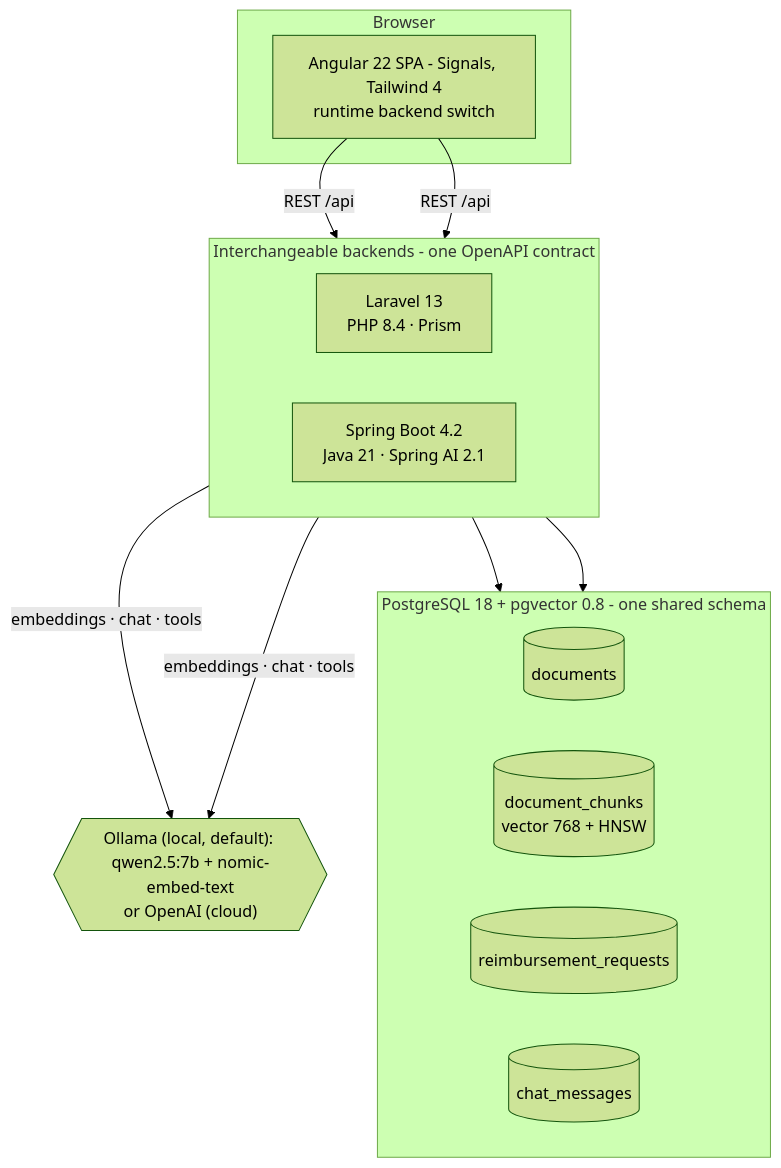
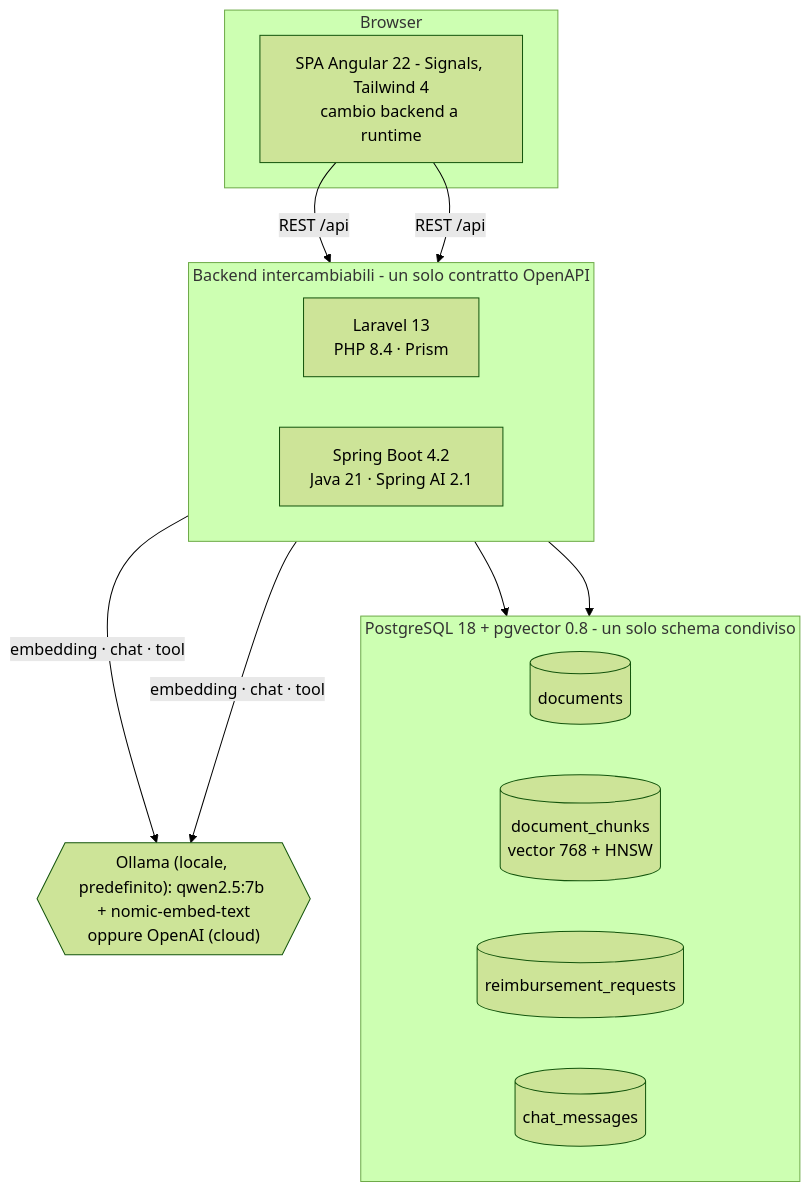
The first of 2 diagrams in README.md (alessandromari81-creator/enterprise-ai-assistant), drawn with Mermaid (forest theme) before and after one commit. The commit also changed other lines of this file and 4 other files, not shown here.

````diff
--- a/README.md
+++ b/README.md
@@ -42,29 +42,29 @@
 ```mermaid
 flowchart TB
     subgraph Browser
-        UI["Angular 22 SPA - Signals, Tailwind 4<br/>runtime backend switch"]
+        UI["SPA Angular 22 - Signals, Tailwind 4<br/>cambio backend a runtime"]
     end
 
-    subgraph Backends["Interchangeable backends - one OpenAPI contract"]
+    subgraph Backends["Backend intercambiabili - un solo contratto OpenAPI"]
         direction LR
         LAR["Laravel 13<br/>PHP 8.4 · Prism"]
         SPR["Spring Boot 4.2<br/>Java 21 · Spring AI 2.1"]
     end
 
-    subgraph DB["PostgreSQL 18 + pgvector 0.8 - one shared schema"]
+    subgraph DB["PostgreSQL 18 + pgvector 0.8 - un solo schema condiviso"]
         direction LR
         DOCS[("documents")]
         CHUNKS[("document_chunks<br/>vector 768 + HNSW")]
         REIMB[("reimbursement_requests")]
         CHAT[("chat_messages")]
     end
 
-    LLM{{"Ollama (local, default): qwen2.5:7b + nomic-embed-text<br/>or OpenAI (cloud)"}}
+    LLM{{"Ollama (locale, predefinito): qwen2.5:7b + nomic-embed-text<br/>oppure OpenAI (cloud)"}}
 
     UI -- "REST /api" --> LAR
     UI -- "REST /api" --> SPR
     LAR --> DB
     SPR --> DB
-    LAR -- "embeddings · chat · tools" --> LLM
-    SPR -- "embeddings · chat · tools" --> LLM
+    LAR -- "embedding · chat · tool" --> LLM
+    SPR -- "embedding · chat · tool" --> LLM
 ```
````
